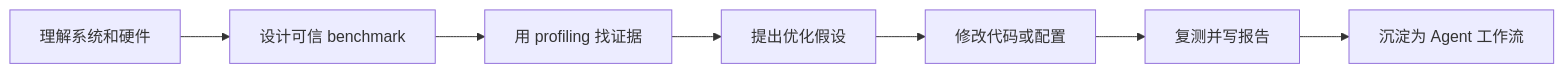
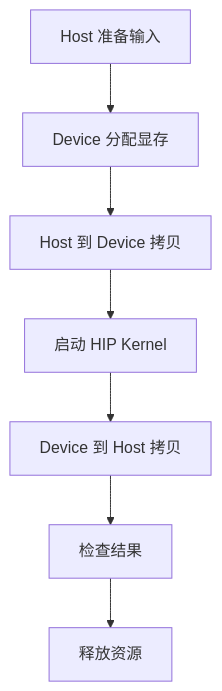
One commit to Weihong-Liu/hello-ai-infra changed the diagram in docs/part0-preface/chapter1/index.md. Above: the diagram before and after it, drawn with Mermaid. The commit also changed other lines of this file and 231 other files, not shown here.

First line of the commit message:
docs: renumber chapters and add figure references

````diff
--- a/docs/part0-preface/chapter1/index.md
+++ b/docs/part0-preface/chapter1/index.md
@@ -74,9 +245,9 @@
 ```mermaid
-flowchart LR
-    A[理解系统和硬件] --> B[设计可信 benchmark]
-    B --> C[用 profiling 找证据]
-    C --> D[提出优化假设]
-    D --> E[修改代码或配置]
-    E --> F[复测并写报告]
-    F --> G[沉淀为 Agent 工作流]
+flowchart TD
+    A[Host 准备输入] --> B[Device 分配显存]
+    B --> C[Host 到 Device 拷贝]
+    C --> D[启动 HIP Kernel]
+    D --> E[Device 到 Host 拷贝]
+    E --> F[检查结果]
+    F --> G[释放资源]
 ```
````
